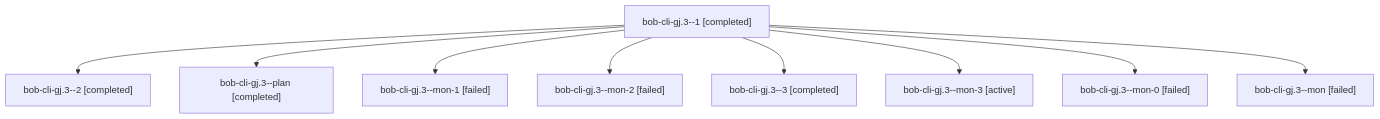
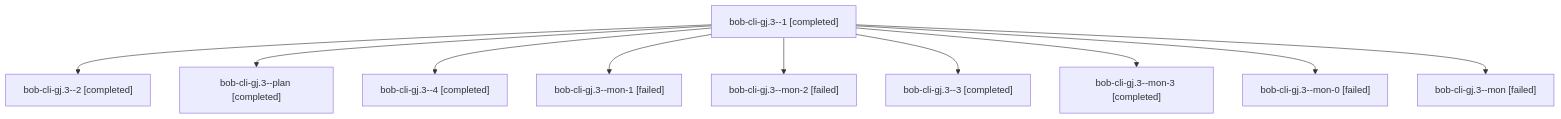
Before and after one commit to bobs-org/bob-cli--agents: the diagram in sessions/bbugyi200.athena.bob-cli-gj.3.md, drawn with Mermaid. The commit also changed other lines of this file and 48 other files, not shown here.

````diff
--- a/sessions/bbugyi200.athena.bob-cli-gj.3.md
+++ b/sessions/bbugyi200.athena.bob-cli-gj.3.md
@@ -9,20 +9,22 @@
 ```mermaid
 flowchart TD
   n0["bob-cli-gj.3--1 [completed]"]
   n1["bob-cli-gj.3--2 [completed]"]
   n0 --> n1
   n2["bob-cli-gj.3--plan [completed]"]
   n0 --> n2
-  n3["bob-cli-gj.3--mon-1 [failed]"]
+  n3["bob-cli-gj.3--4 [completed]"]
   n0 --> n3
-  n4["bob-cli-gj.3--mon-2 [failed]"]
+  n4["bob-cli-gj.3--mon-1 [failed]"]
   n0 --> n4
-  n5["bob-cli-gj.3--3 [completed]"]
+  n5["bob-cli-gj.3--mon-2 [failed]"]
   n0 --> n5
-  n6["bob-cli-gj.3--mon-3 [active]"]
+  n6["bob-cli-gj.3--3 [completed]"]
   n0 --> n6
-  n7["bob-cli-gj.3--mon-0 [failed]"]
+  n7["bob-cli-gj.3--mon-3 [completed]"]
   n0 --> n7
-  n8["bob-cli-gj.3--mon [failed]"]
+  n8["bob-cli-gj.3--mon-0 [failed]"]
   n0 --> n8
+  n9["bob-cli-gj.3--mon [failed]"]
+  n0 --> n9
 ```
````
